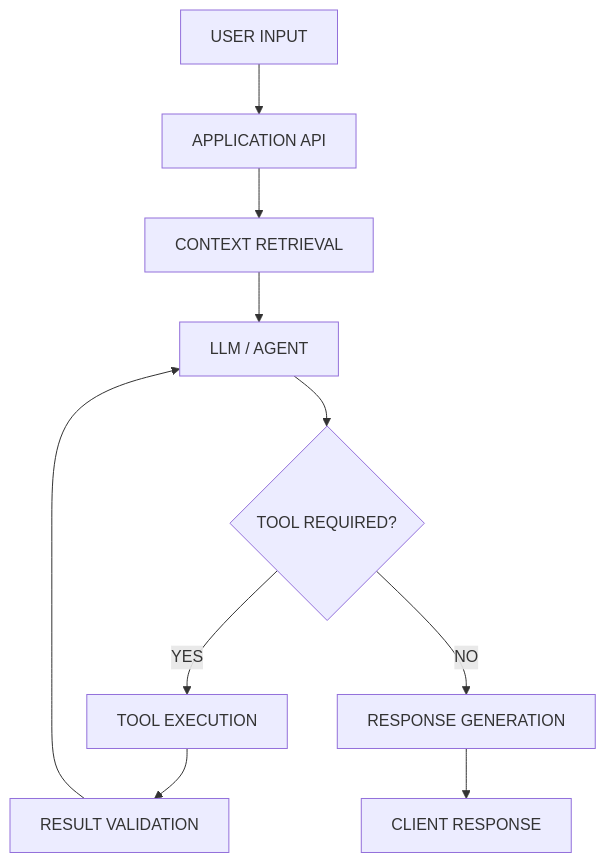
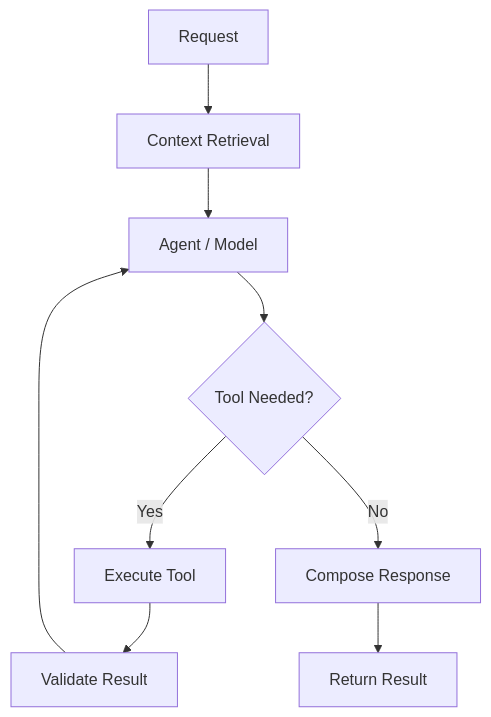
Before and after one commit to Aravindan-001/Aravindan-001: the second of 2 diagrams in README.md, drawn with Mermaid. The commit also changed other lines of this file, not shown here.

````diff
--- a/README.md
+++ b/README.md
@@ -321,12 +227,11 @@
 ```mermaid
 flowchart TD
-    A["USER INPUT"] --> B["APPLICATION API"]
-    B --> C["CONTEXT RETRIEVAL"]
-    C --> D["LLM / AGENT"]
-    D --> E{"TOOL REQUIRED?"}
-    E -- YES --> F["TOOL EXECUTION"]
-    F --> G["RESULT VALIDATION"]
-    G --> D
-    E -- NO --> H["RESPONSE GENERATION"]
-    H --> I["CLIENT RESPONSE"]
+    A["Request"] --> B["Context Retrieval"]
+    B --> C["Agent / Model"]
+    C --> D{"Tool Needed?"}
+    D -- Yes --> E["Execute Tool"]
+    E --> F["Validate Result"]
+    F --> C
+    D -- No --> G["Compose Response"]
+    G --> H["Return Result"]
 ```
````
